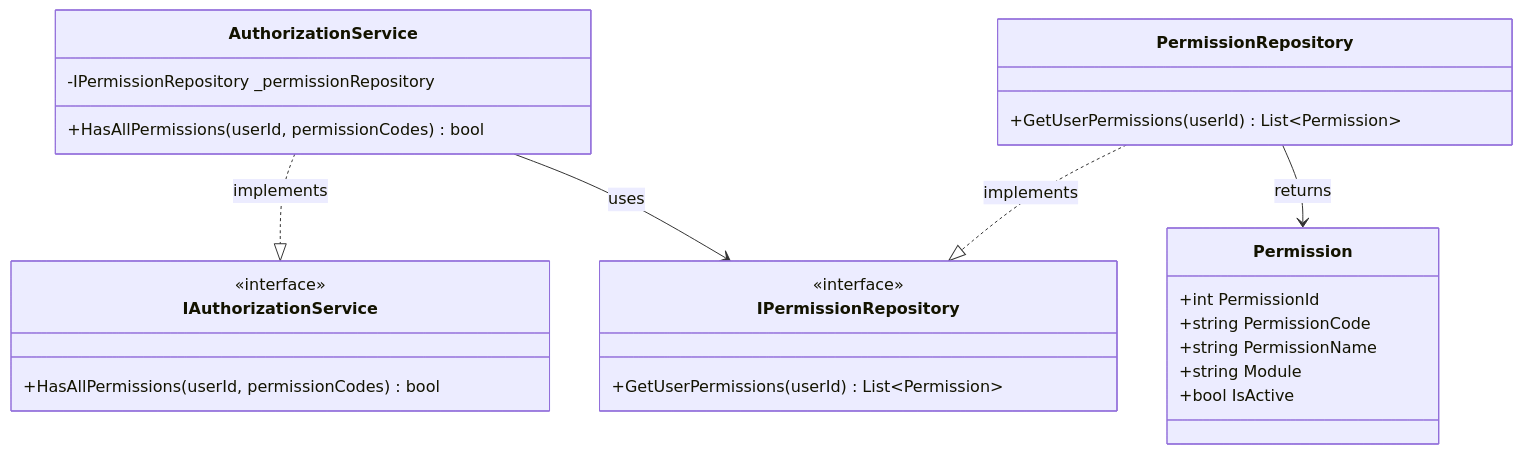
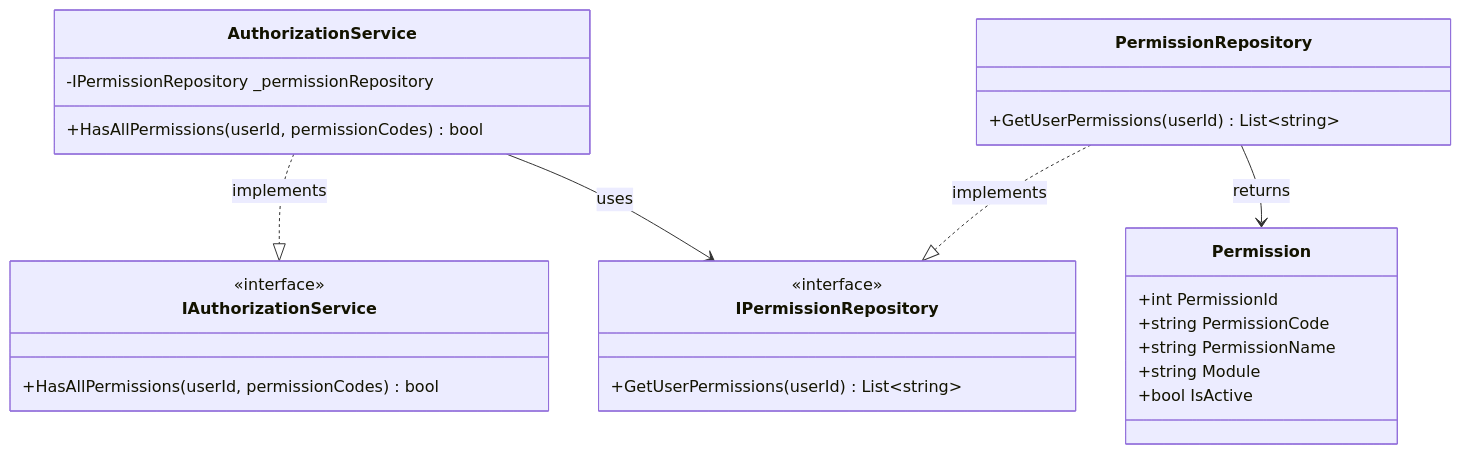
Before and after one commit to nahuk86/tp_diploma_nk_2026: the third of 8 diagrams in Documentation/UML_Diagrams/21_Permissions_UseCases.md, drawn with Mermaid. The commit also changed other lines of this file and 7 other files, not shown here.

Commit message:
docs: update UML diagrams to reflect code refactoring

````diff
--- a/Documentation/UML_Diagrams/21_Permissions_UseCases.md
+++ b/Documentation/UML_Diagrams/21_Permissions_UseCases.md
@@ -113,34 +113,34 @@
 ```mermaid
 classDiagram
     class IAuthorizationService {
         <<interface>>
         +HasAllPermissions(userId, permissionCodes) bool
     }
 
     class AuthorizationService {
         -IPermissionRepository _permissionRepository
         +HasAllPermissions(userId, permissionCodes) bool
     }
 
     class IPermissionRepository {
         <<interface>>
-        +GetUserPermissions(userId) List~Permission~
+        +GetUserPermissions(userId) List~string~
     }
 
     class PermissionRepository {
-        +GetUserPermissions(userId) List~Permission~
+        +GetUserPermissions(userId) List~string~
     }
 
     class Permission {
         +int PermissionId
         +string PermissionCode
         +string PermissionName
         +string Module
         +bool IsActive
     }
 
     AuthorizationService ..|> IAuthorizationService : implements
     AuthorizationService --> IPermissionRepository : uses
     PermissionRepository ..|> IPermissionRepository : implements
     PermissionRepository --> Permission : returns
 ```
````
